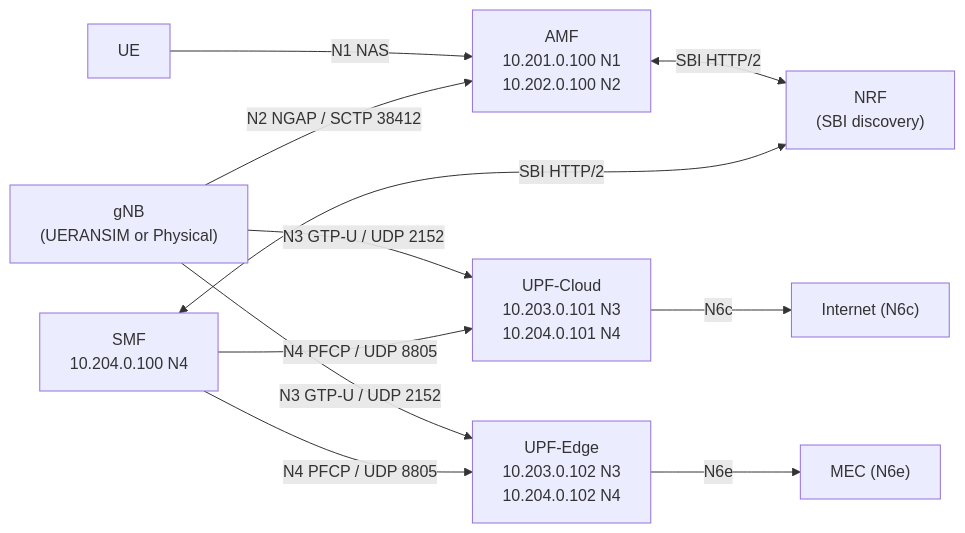
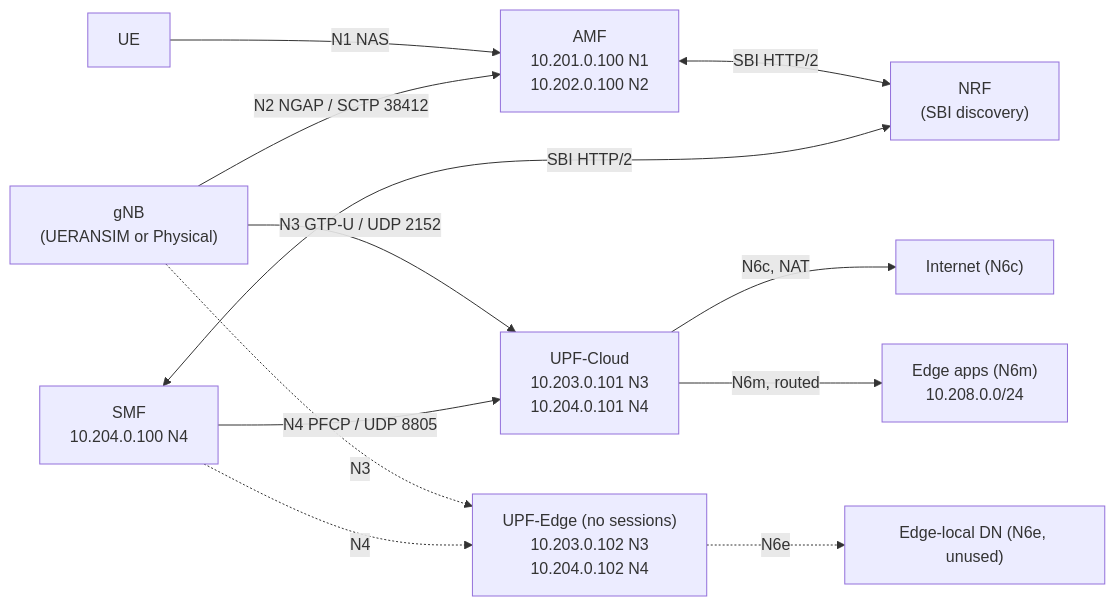
Before and after one commit to Jacobbista/kelt: the diagram in docs/architecture/5g-interfaces.md, drawn with Mermaid. The commit also changed other lines of this file and 4 other files, not shown here.

Commit message:
docs: descriptive architecture overview, physical RAN guide, naming scheme

````diff
--- a/docs/architecture/5g-interfaces.md
+++ b/docs/architecture/5g-interfaces.md
@@ -11,32 +27,35 @@
 ```mermaid
 graph LR
     UE["UE"]
     GNB["gNB
     (UERANSIM or Physical)"]
     AMF["AMF
     10.201.0.100 N1
     10.202.0.100 N2"]
     SMF["SMF
     10.204.0.100 N4"]
     UPF_C["UPF-Cloud
     10.203.0.101 N3
     10.204.0.101 N4"]
-    UPF_E["UPF-Edge
+    UPF_E["UPF-Edge (no sessions)
     10.203.0.102 N3
     10.204.0.102 N4"]
     DN_C["Internet (N6c)"]
-    DN_E["MEC (N6e)"]
+    DN_M["Edge apps (N6m)
+    10.208.0.0/24"]
+    DN_E["Edge-local DN (N6e, unused)"]
     NRF["NRF
     (SBI discovery)"]
 
     UE -->|"N1 NAS"| AMF
     GNB -->|"N2 NGAP / SCTP 38412"| AMF
     GNB -->|"N3 GTP-U / UDP 2152"| UPF_C
-    GNB -->|"N3 GTP-U / UDP 2152"| UPF_E
+    GNB -.->|"N3"| UPF_E
     SMF -->|"N4 PFCP / UDP 8805"| UPF_C
-    SMF -->|"N4 PFCP / UDP 8805"| UPF_E
-    UPF_C -->|"N6c"| DN_C
-    UPF_E -->|"N6e"| DN_E
+    SMF -.->|"N4"| UPF_E
+    UPF_C -->|"N6c, NAT"| DN_C
+    UPF_C -->|"N6m, routed"| DN_M
+    UPF_E -.->|"N6e"| DN_E
     AMF <-->|"SBI HTTP/2"| NRF
     SMF <-->|"SBI HTTP/2"| NRF
 ```
````
